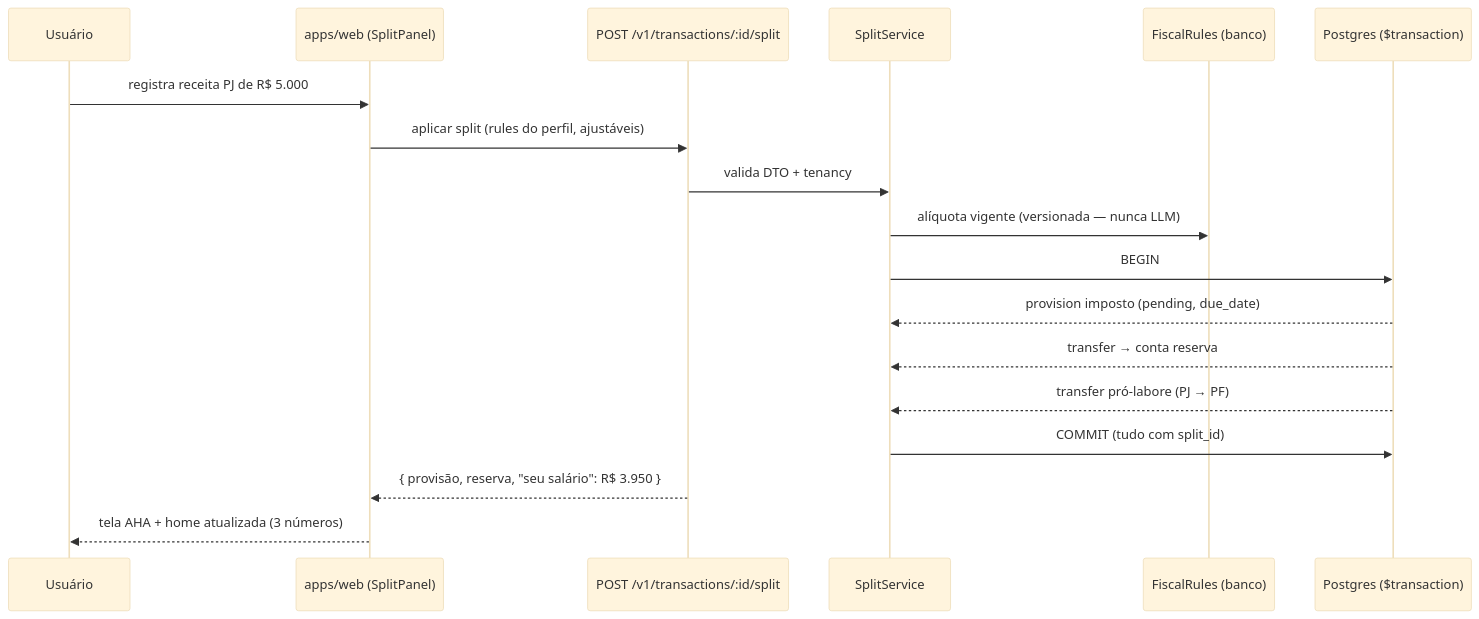
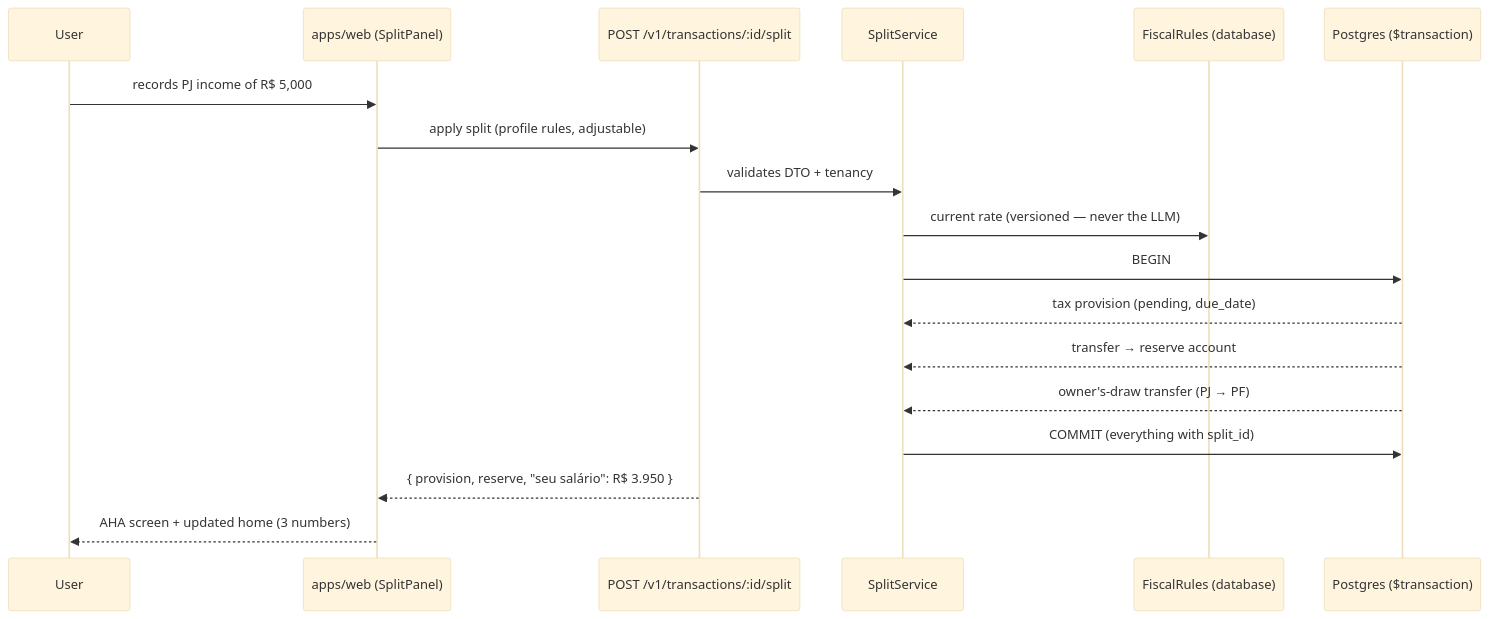
The second of 4 diagrams in docs/architecture/architecture.md (fernandaquerino/tally), drawn with Mermaid (base theme) before and after one commit. The commit also changed other lines of this file and 34 other files, not shown here.

````diff
--- a/docs/architecture/architecture.md
+++ b/docs/architecture/architecture.md
@@ -364,21 +364,21 @@
 ```mermaid
 sequenceDiagram
-  participant U as Usuário
+  participant U as User
   participant W as apps/web (SplitPanel)
   participant API as POST /v1/transactions/:id/split
   participant S as SplitService
-  participant F as FiscalRules (banco)
+  participant F as FiscalRules (database)
   participant DB as Postgres ($transaction)
 
-  U->>W: registra receita PJ de R$ 5.000
-  W->>API: aplicar split (rules do perfil, ajustáveis)
-  API->>S: valida DTO + tenancy
-  S->>F: alíquota vigente (versionada — nunca LLM)
+  U->>W: records PJ income of R$ 5,000
+  W->>API: apply split (profile rules, adjustable)
+  API->>S: validates DTO + tenancy
+  S->>F: current rate (versioned — never the LLM)
   S->>DB: BEGIN
-  DB-->>S: provision imposto (pending, due_date)
-  DB-->>S: transfer → conta reserva
-  DB-->>S: transfer pró-labore (PJ → PF)
-  S->>DB: COMMIT (tudo com split_id)
-  API-->>W: { provisão, reserva, "seu salário": R$ 3.950 }
-  W-->>U: tela AHA + home atualizada (3 números)
+  DB-->>S: tax provision (pending, due_date)
+  DB-->>S: transfer → reserve account
+  DB-->>S: owner's-draw transfer (PJ → PF)
+  S->>DB: COMMIT (everything with split_id)
+  API-->>W: { provision, reserve, "seu salário": R$ 3.950 }
+  W-->>U: AHA screen + updated home (3 numbers)
 ```
````
